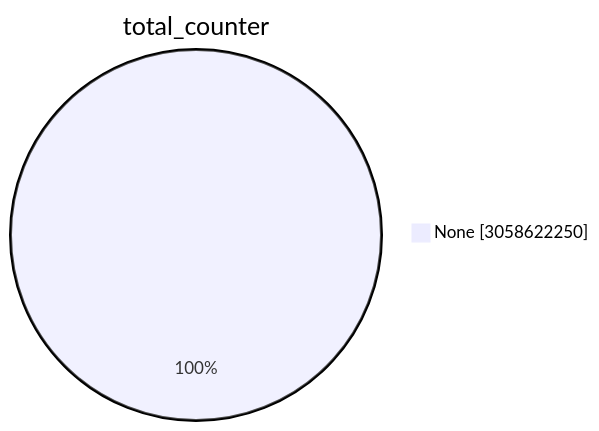
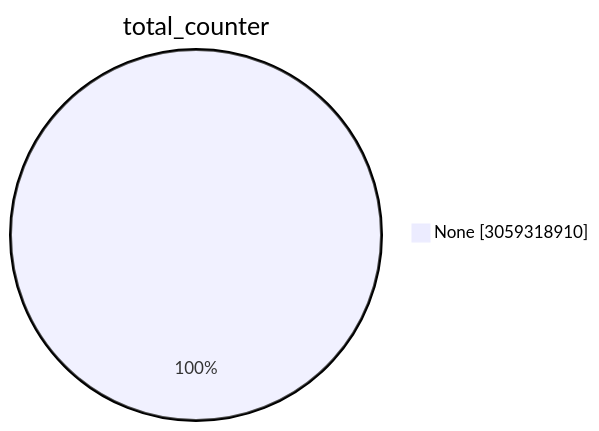
Before and after one commit to christiankrug/ctmonitor_visualization: the first of 15 diagrams in TOTAL/README.md, drawn with Mermaid. The commit also changed other lines of this file, not shown here.

````diff
--- a/TOTAL/README.md
+++ b/TOTAL/README.md
@@ -1,5 +1,5 @@
 ```mermaid
 pie showData
 title total_counter
-"None" :3058622250
+"None" :3059318910
 ```
````
